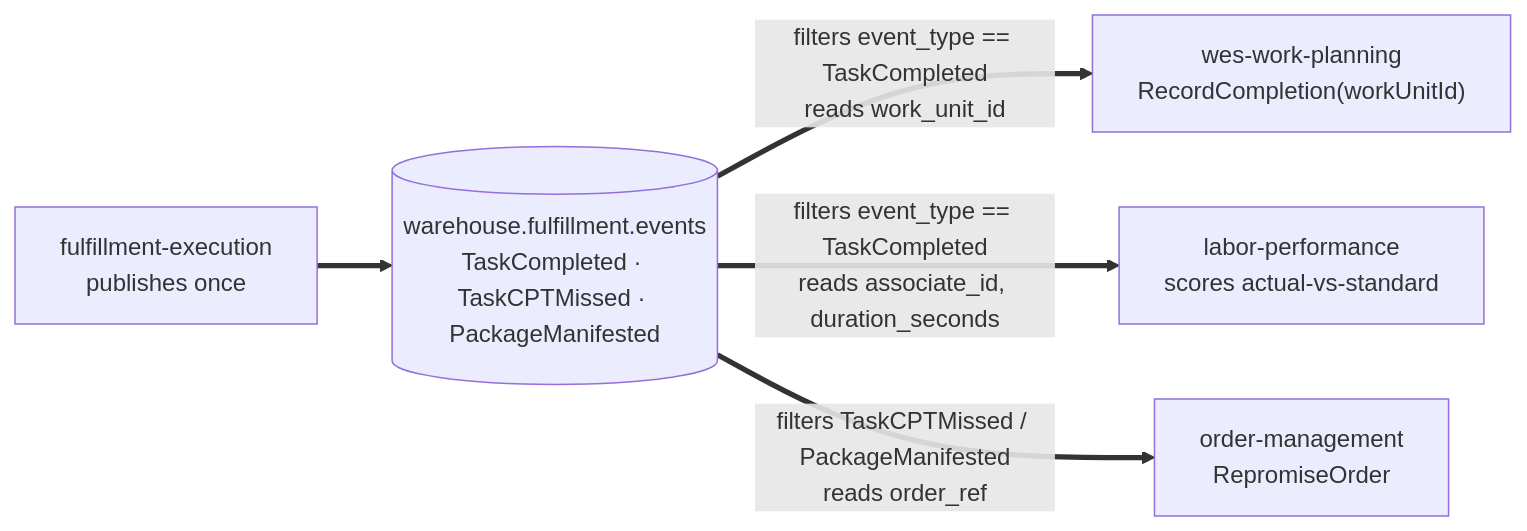
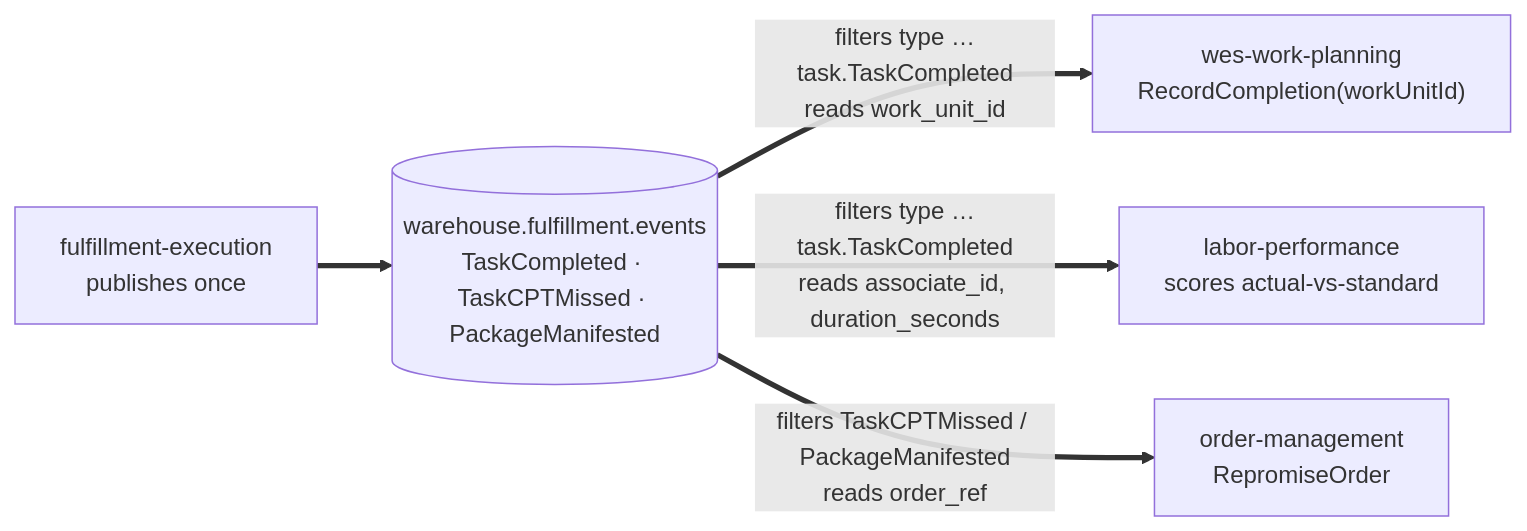
Before and after one commit to IQVO/warehouse-docs: the diagram in docs/contexts/fulfillment-execution/async-api.md, drawn with Mermaid. The commit also changed other lines of this file and 22 other files, not shown here.

First line of the commit message:
docs(events): fleet Event Standard page (CloudEvents 1.0 mandatory) + remove flat-envelope docs

````diff
--- a/docs/contexts/fulfillment-execution/async-api.md
+++ b/docs/contexts/fulfillment-execution/async-api.md
@@ -143,7 +156,7 @@
 ```mermaid
 flowchart LR
     FE["fulfillment-execution<br/>publishes once"] ==> T[("warehouse.fulfillment.events<br/>TaskCompleted · TaskCPTMissed · PackageManifested")]
-    T ==>|"filters event_type == TaskCompleted<br/>reads work_unit_id"| WP["wes-work-planning<br/>RecordCompletion(workUnitId)"]
-    T ==>|"filters event_type == TaskCompleted<br/>reads associate_id, duration_seconds"| LP["labor-performance<br/>scores actual-vs-standard"]
+    T ==>|"filters type …task.TaskCompleted<br/>reads work_unit_id"| WP["wes-work-planning<br/>RecordCompletion(workUnitId)"]
+    T ==>|"filters type …task.TaskCompleted<br/>reads associate_id, duration_seconds"| LP["labor-performance<br/>scores actual-vs-standard"]
     T ==>|"filters TaskCPTMissed / PackageManifested<br/>reads order_ref"| OM["order-management<br/>RepromiseOrder"]
 ```
````
